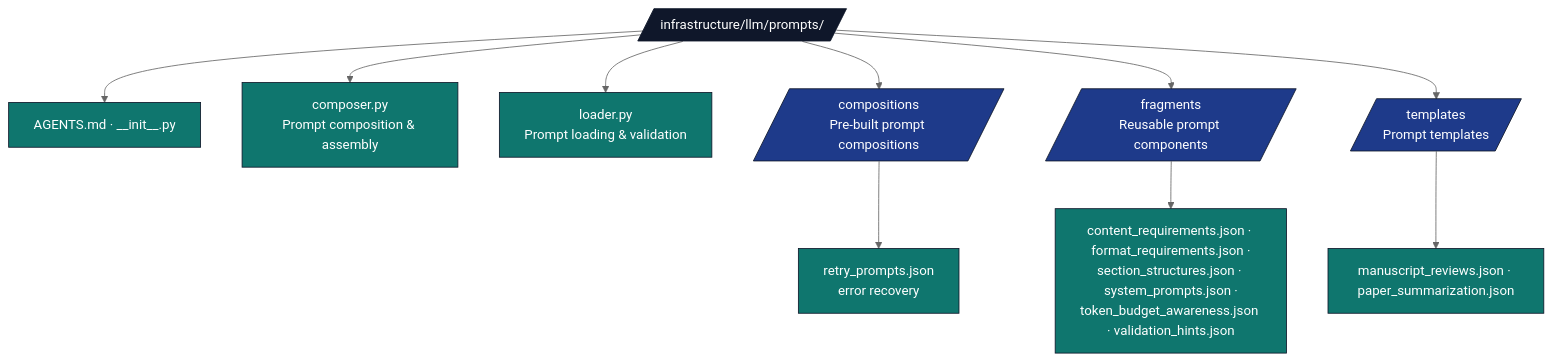
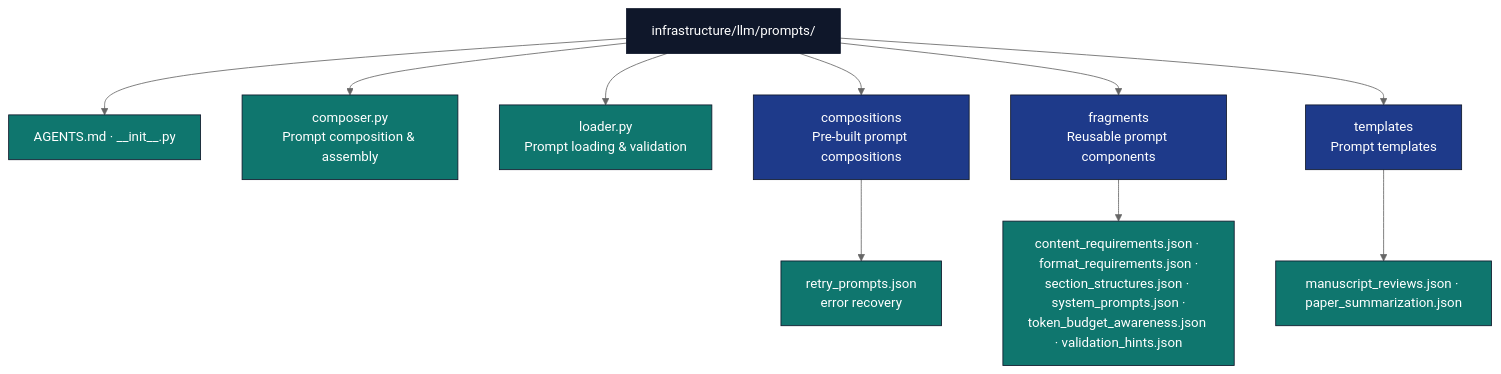
Before and after one commit to docxology/template: the diagram in infrastructure/llm/prompts/AGENTS.md, drawn with Mermaid (neutral theme). The commit also changed 94 other files, not shown here.

````diff
--- a/infrastructure/llm/prompts/AGENTS.md
+++ b/infrastructure/llm/prompts/AGENTS.md
@@ -9,21 +9,21 @@
 ```mermaid
 flowchart TB
-    PR[/infrastructure/llm/prompts//]
+    PR[infrastructure/llm/prompts/]
     PR --> META[AGENTS.md · __init__.py]
     PR --> COMP[composer.py<br/>Prompt composition &amp; assembly]
     PR --> LOAD[loader.py<br/>Prompt loading &amp; validation]
-    PR --> CMP_DIR[/compositions<br/>Pre-built prompt compositions/]
-    PR --> FRAG[/fragments<br/>Reusable prompt components/]
-    PR --> TPL[/templates<br/>Prompt templates/]
+    PR --> CMP_DIR[compositions<br/>Pre-built prompt compositions]
+    PR --> FRAG[fragments<br/>Reusable prompt components]
+    PR --> TPL[templates<br/>Prompt templates]
 
     CMP_DIR --> CMP_F[retry_prompts.json<br/>error recovery]
     FRAG --> FRAG_F[content_requirements.json · format_requirements.json ·<br/>section_structures.json · system_prompts.json ·<br/>token_budget_awareness.json · validation_hints.json]
     TPL --> TPL_F[manuscript_reviews.json · paper_summarization.json]
 
     classDef d fill:#0f172a,stroke:#0f172a,color:#fff
     classDef pkg fill:#1e3a8a,stroke:#0f172a,color:#fff
     classDef code fill:#0f766e,stroke:#0f172a,color:#fff
     class PR d
     class CMP_DIR,FRAG,TPL pkg
     class META,COMP,LOAD,CMP_F,FRAG_F,TPL_F code
 ```
````
